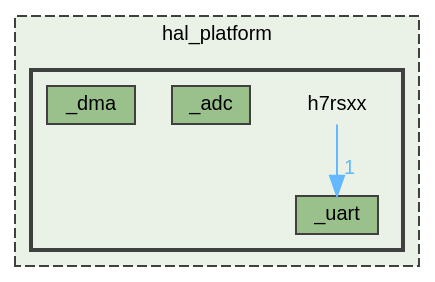
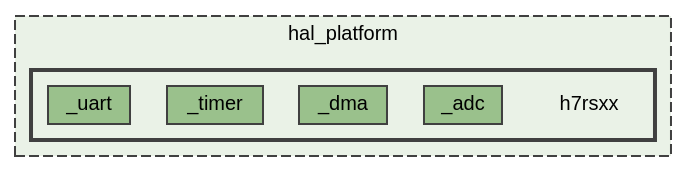
One commit to ebs-universe/piolib-hal-uc-stm32 changed the diagram in dir_ecba37078b2646ad8615f0f92eab48bb_dep.dot. Above: the diagram before and after it, drawn with Graphviz. The commit also changed 423 other files, not shown here.

```diff
--- a/dir_ecba37078b2646ad8615f0f92eab48bb_dep.dot
+++ b/dir_ecba37078b2646ad8615f0f92eab48bb_dep.dot
@@ -1,20 +1,20 @@
 digraph "hal_platform/h7rsxx"
 {
  // INTERACTIVE_SVG=YES
  // LATEX_PDF_SIZE
   bgcolor="transparent";
   edge [fontname=Helvetica,fontsize=10,labelfontname=Helvetica,labelfontsize=10];
   node [fontname=Helvetica,fontsize=10,shape=box,height=0.2,width=0.4];
   compound=true
   subgraph clusterdir_7da9fa3e46f3496e22e0d53e72e5a458 {
     graph [ bgcolor="#eaf2e7", pencolor="grey25", label="hal_platform", fontname=Helvetica,fontsize=10 style="filled,dashed", URL="dir_7da9fa3e46f3496e22e0d53e72e5a458.html",tooltip=""]
   subgraph clusterdir_ecba37078b2646ad8615f0f92eab48bb {
     graph [ bgcolor="#eaf2e7", pencolor="grey25", label="", fontname=Helvetica,fontsize=10 style="filled,bold", URL="dir_ecba37078b2646ad8615f0f92eab48bb.html",tooltip=""]
     dir_ecba37078b2646ad8615f0f92eab48bb [shape=plaintext, label="h7rsxx"];
   dir_c86749a12d0b5f37729118ac0376c51e [label="_adc", fillcolor="#9ac18c", color="grey25", style="filled", URL="dir_c86749a12d0b5f37729118ac0376c51e.html",tooltip=""];
   dir_d15f750d2e50aa73cfdc2e6249ca3932 [label="_dma", fillcolor="#9ac18c", color="grey25", style="filled", URL="dir_d15f750d2e50aa73cfdc2e6249ca3932.html",tooltip=""];
+  dir_132285723b339faa95cf45e494bfa166 [label="_timer", fillcolor="#9ac18c", color="grey25", style="filled", URL="dir_132285723b339faa95cf45e494bfa166.html",tooltip=""];
   dir_b778205a90b9dd96ba067acdbbc1e43b [label="_uart", fillcolor="#9ac18c", color="grey25", style="filled", URL="dir_b778205a90b9dd96ba067acdbbc1e43b.html",tooltip=""];
   }
   }
-  dir_ecba37078b2646ad8615f0f92eab48bb->dir_b778205a90b9dd96ba067acdbbc1e43b [headlabel="1", labeldistance=1.5 headhref="dir_000004_000002.html" href="dir_000004_000002.html" color="steelblue1" fontcolor="steelblue1"];
 }
```
